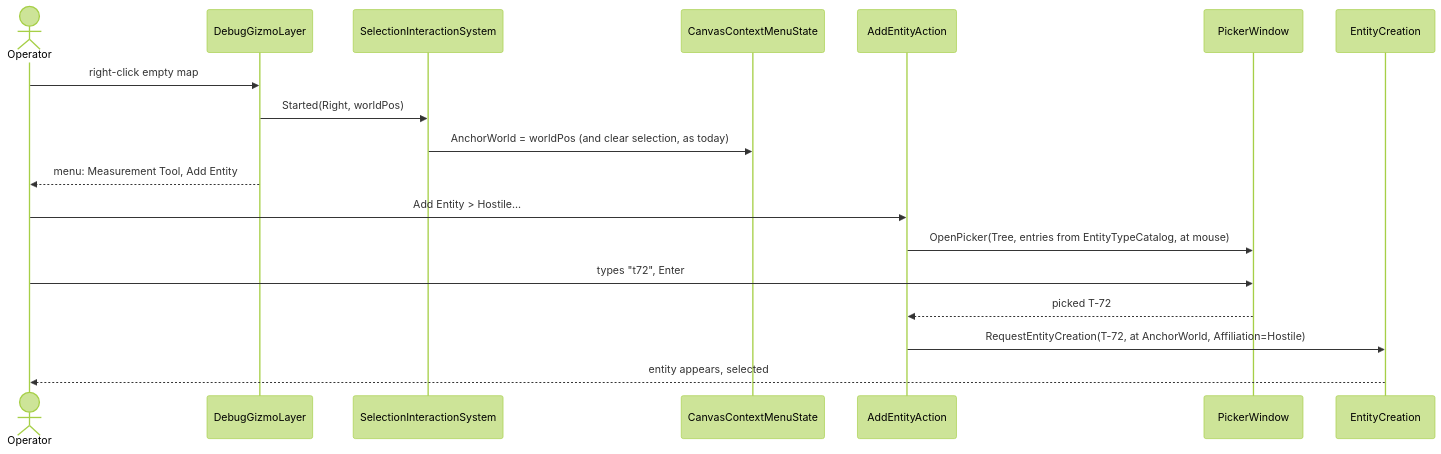
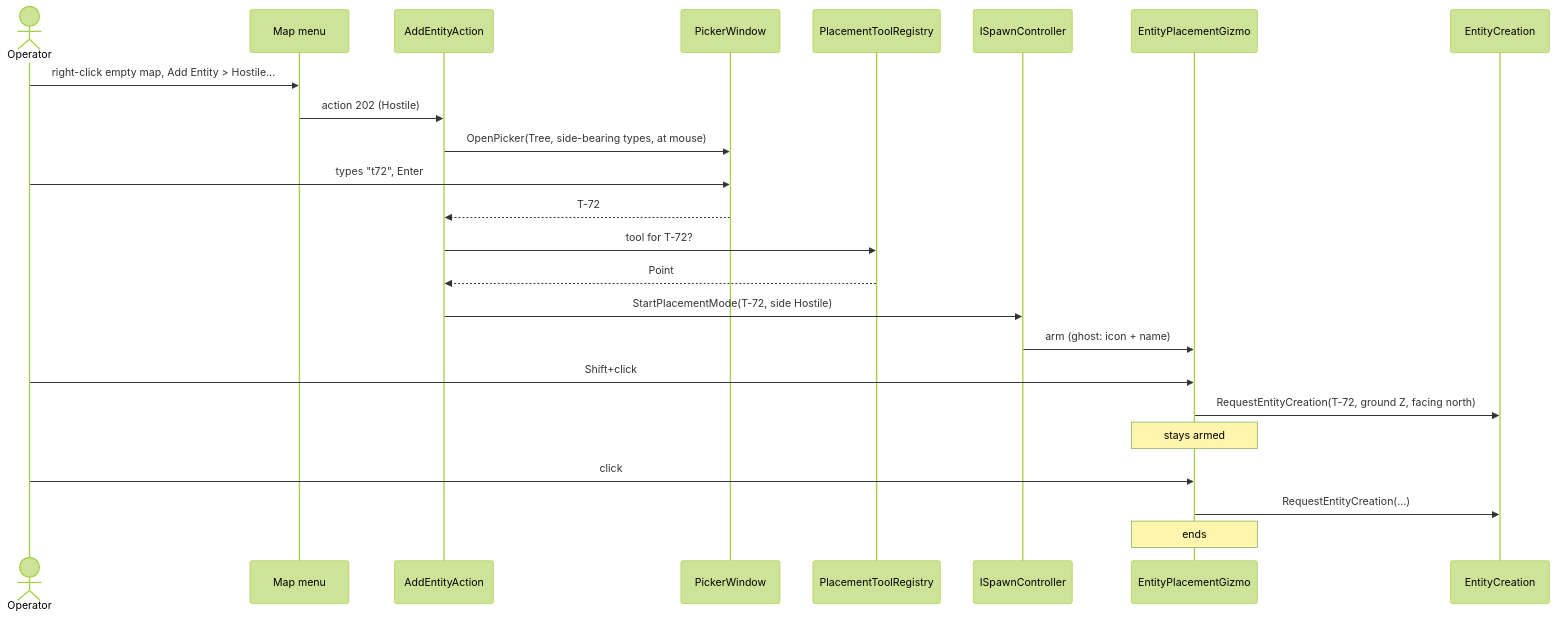
Before and after one commit to pjanec/HROT: the second of 3 diagrams in docs/DESIGN_Add_Entity_Picker.md, drawn with Mermaid (forest theme). The commit also changed other lines of this file and 2 other files, not shown here.

First line of the commit message:
Design rev 2: Add Entity picker with the user's rulings (CE-1017)

````diff
--- a/docs/DESIGN_Add_Entity_Picker.md
+++ b/docs/DESIGN_Add_Entity_Picker.md
@@ -117,20 +142,26 @@
 ```mermaid
 sequenceDiagram
     actor U as Operator
-    participant G as DebugGizmoLayer
-    participant S as SelectionInteractionSystem
-    participant M as CanvasContextMenuState
+    participant M as Map menu
     participant A as AddEntityAction
     participant P as PickerWindow
+    participant R as PlacementToolRegistry
+    participant S as ISpawnController
+    participant T as EntityPlacementGizmo
     participant C as EntityCreation
-    U->>G: right-click empty map
-    G->>S: Started(Right, worldPos)
-    S->>M: AnchorWorld = worldPos (and clear selection, as today)
-    G-->>U: menu: Measurement Tool, Add Entity
-    U->>A: Add Entity > Hostile...
-    A->>P: OpenPicker(Tree, entries from EntityTypeCatalog, at mouse)
+    U->>M: right-click empty map, Add Entity > Hostile...
+    M->>A: action 202 (Hostile)
+    A->>P: OpenPicker(Tree, side-bearing types, at mouse)
     U->>P: types "t72", Enter
-    P-->>A: picked T-72
-    A->>C: RequestEntityCreation(T-72, at AnchorWorld, Affiliation=Hostile)
-    C-->>U: entity appears, selected
+    P-->>A: T-72
+    A->>R: tool for T-72?
+    R-->>A: Point
+    A->>S: StartPlacementMode(T-72, side Hostile)
+    S->>T: arm (ghost: icon + name)
+    U->>T: Shift+click
+    T->>C: RequestEntityCreation(T-72, ground Z, facing north)
+    Note over T: stays armed
+    U->>T: click
+    T->>C: RequestEntityCreation(...)
+    Note over T: ends
 ```
````
